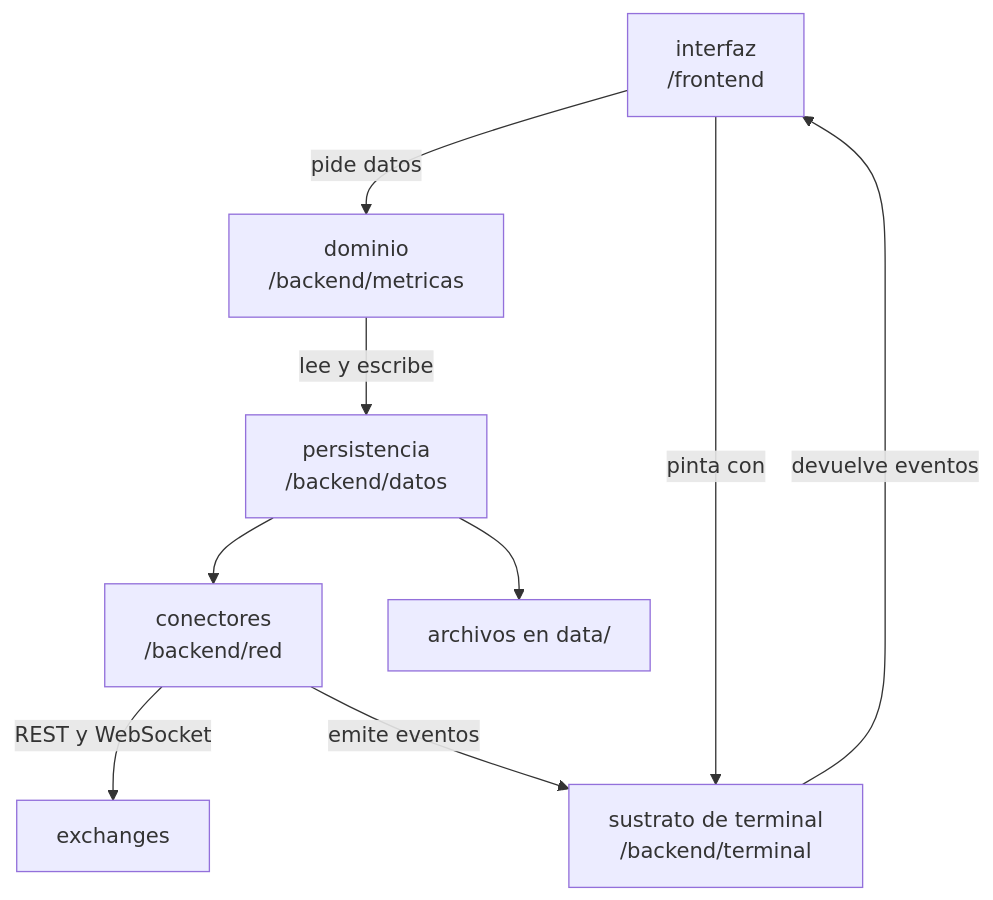
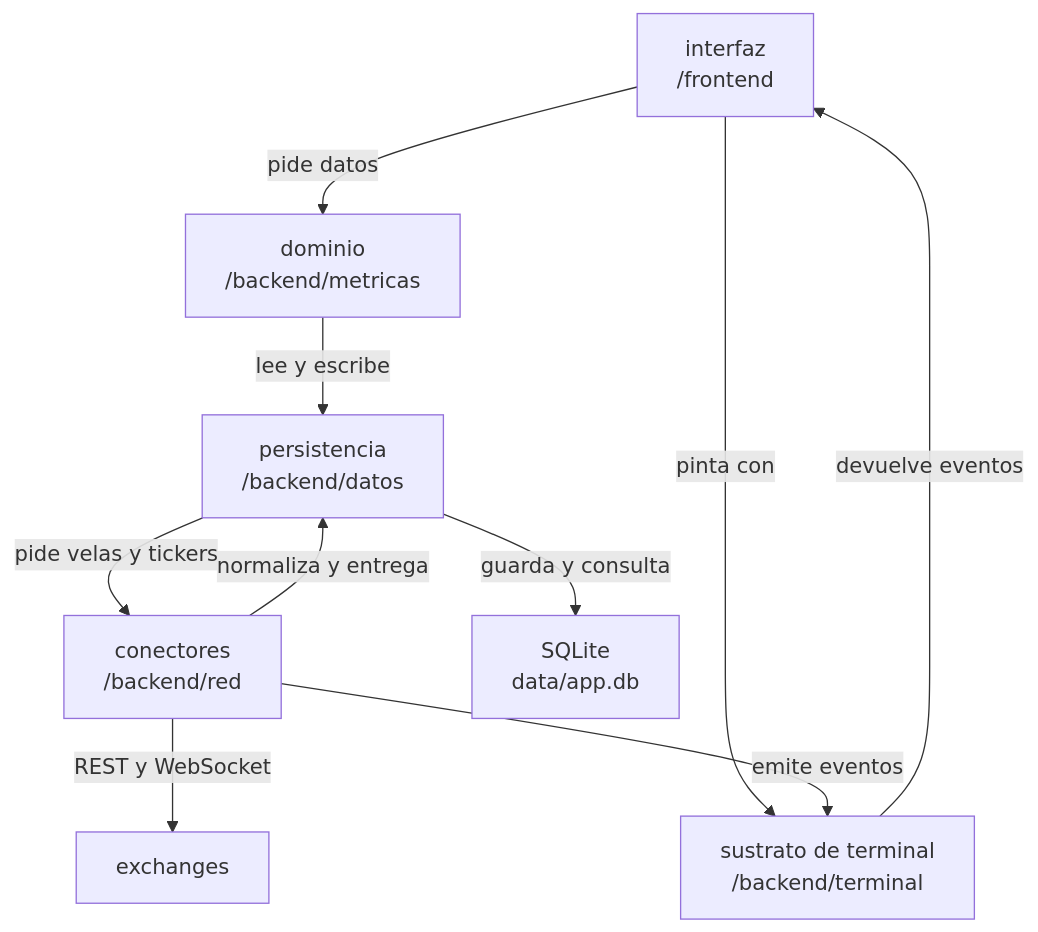
The diagram in docs/arquitectura.md (Goonza88/Trabajo_Final_Barrios_Gerbino), drawn with Mermaid before and after one commit. The commit also changed other lines of this file and 6 other files, not shown here.

Commit message:
actualizacion de documentacion: inclusion de SQLite como motor de base de datos

````diff
--- a/docs/arquitectura.md
+++ b/docs/arquitectura.md
@@ -15,19 +15,20 @@
 ```mermaid
 graph TD
     UI["interfaz<br>/frontend"]
     DOM["dominio<br>/backend/metricas"]
     DATOS["persistencia<br>/backend/datos"]
     RED["conectores<br>/backend/red"]
     TERM["sustrato de terminal<br>/backend/terminal"]
     EXCH["exchanges"]
-    FS["archivos en data/"]
+    BD["SQLite<br>data/app.db"]
 
     UI -->|"pide datos"| DOM
     DOM -->|"lee y escribe"| DATOS
-    DATOS --> RED
+    DATOS -->|"pide velas y tickers"| RED
     RED -->|"REST y WebSocket"| EXCH
-    DATOS --> FS
+    RED -->|"normaliza y entrega"| DATOS
+    DATOS -->|"guarda y consulta"| BD
     UI -->|"pinta con"| TERM
     RED -->|"emite eventos"| TERM
     TERM -->|"devuelve eventos"| UI
 ```
````
